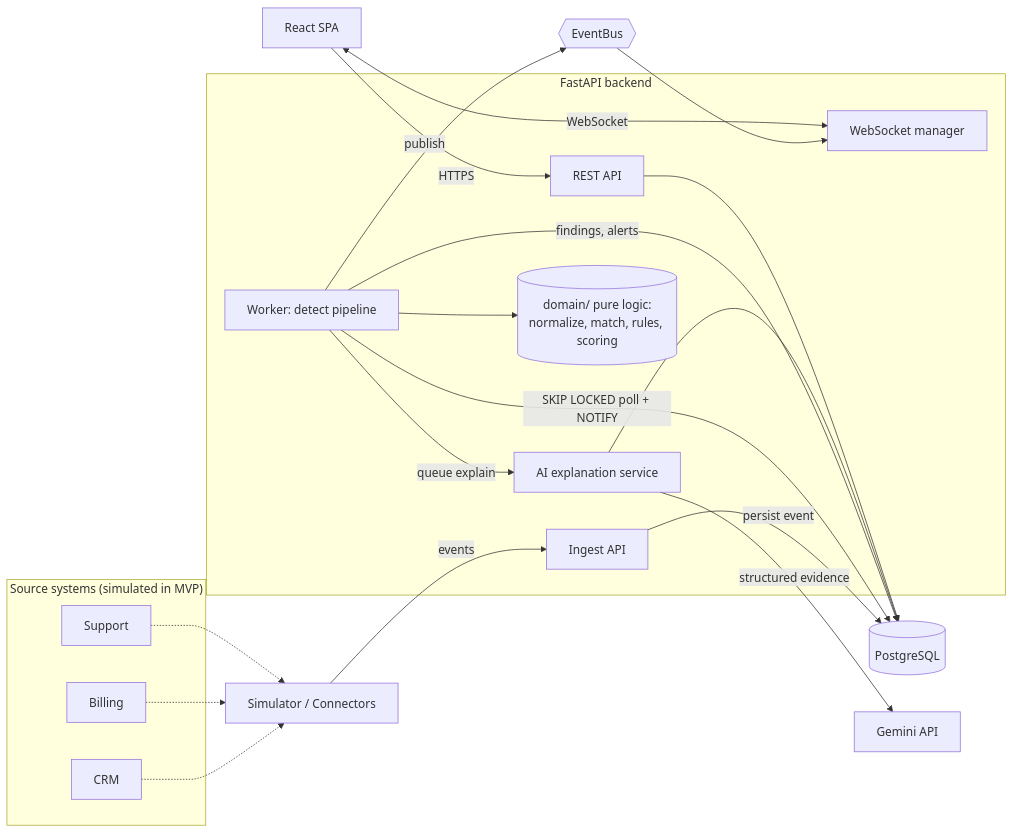
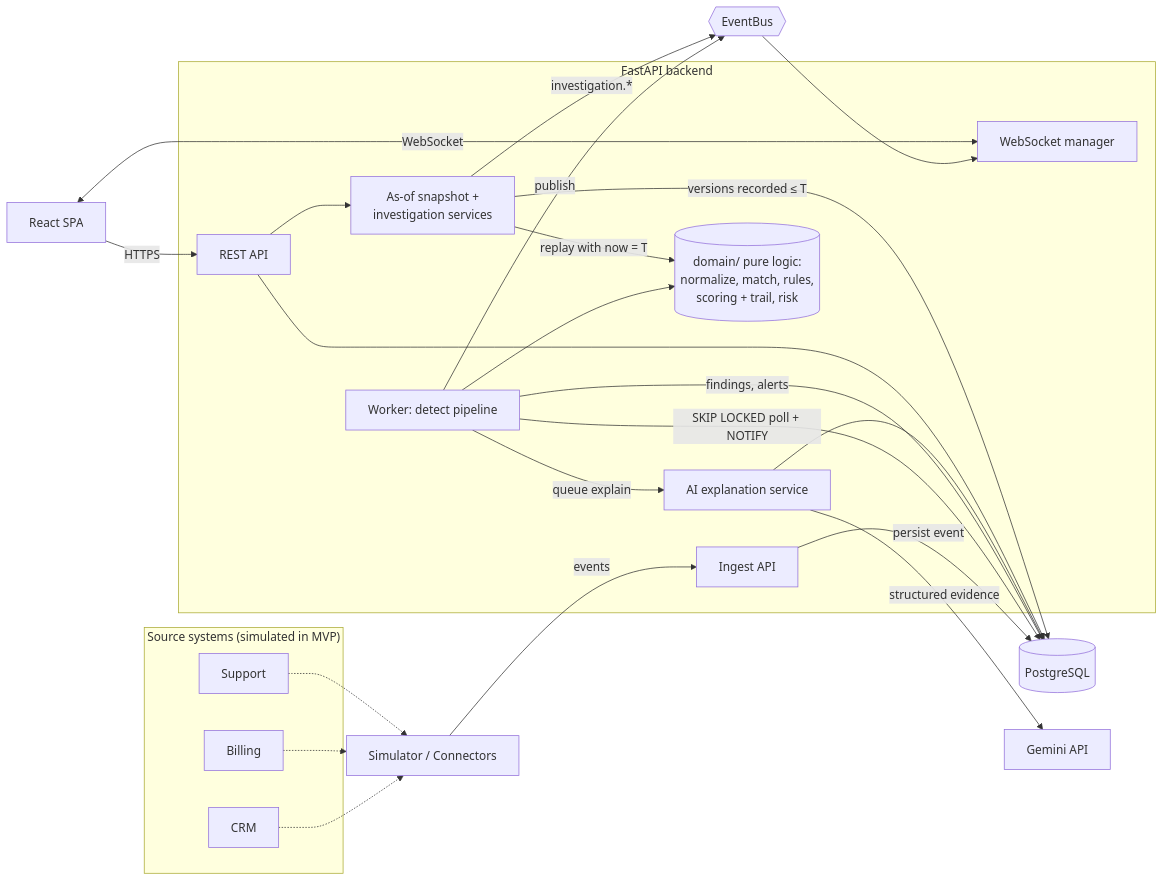
Before and after one commit to im-notpranav/RealitySync: the first of 2 diagrams in docs/02_ARCHITECTURE.md, drawn with Mermaid. The commit also changed other lines of this file, not shown here.

First line of the commit message:
docs(contract): architecture for as-of replay, risk and investigations

````diff
--- a/docs/02_ARCHITECTURE.md
+++ b/docs/02_ARCHITECTURE.md
@@ -7,36 +7,41 @@
 ```mermaid
 flowchart LR
     subgraph Sources["Source systems (simulated in MVP)"]
         CRM[CRM]
         BIL[Billing]
         SUP[Support]
     end
 
     SIM[Simulator / Connectors] -->|events| ING
     CRM -.-> SIM
     BIL -.-> SIM
     SUP -.-> SIM
 
     subgraph Backend["FastAPI backend"]
         ING[Ingest API]
         WRK[Worker: detect pipeline]
         REST[REST API]
         WS[WebSocket manager]
         AI[AI explanation service]
-        DOM[(domain/ pure logic:<br/>normalize, match, rules, scoring)]
+        TMX[As-of snapshot +<br/>investigation services]
+        DOM[(domain/ pure logic:<br/>normalize, match, rules,<br/>scoring + trail, risk)]
     end
 
     ING -->|persist event| DB[(PostgreSQL)]
     WRK -->|SKIP LOCKED poll + NOTIFY| DB
     WRK --> DOM
     WRK -->|findings, alerts| DB
     WRK -->|publish| BUS{{EventBus}}
     BUS --> WS
     AI -->|structured evidence| GEM[Gemini API]
     WRK -->|queue explain| AI
     AI --> DB
     REST --> DB
+    REST --> TMX
+    TMX -->|versions recorded ≤ T| DB
+    TMX -->|replay with now = T| DOM
+    TMX -->|investigation.*| BUS
 
     UI[React SPA] -->|HTTPS| REST
     UI <-->|WebSocket| WS
 ```
````
